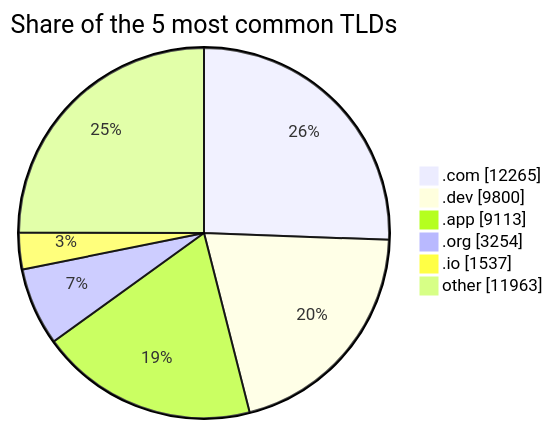
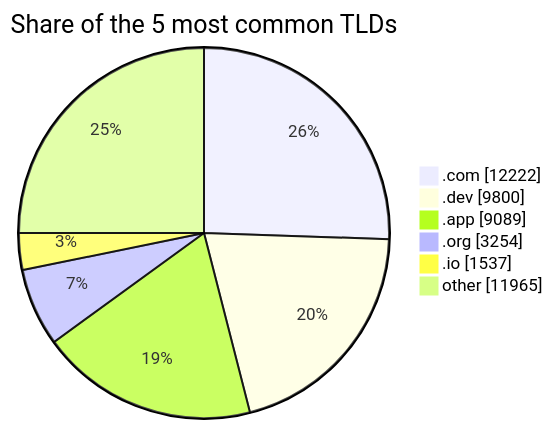
The third of 3 diagrams in README.md (DNSBunker/CTI), drawn with Mermaid before and after one commit. The commit also changed other lines of this file and 3 other files, not shown here.

````diff
--- a/README.md
+++ b/README.md
@@ -81,9 +81,9 @@
 ```mermaid
 pie showData title Share of the 5 most common TLDs
-    ".com" : 12265
+    ".com" : 12222
     ".dev" : 9800
-    ".app" : 9113
+    ".app" : 9089
     ".org" : 3254
     ".io" : 1537
-    "other" : 11963
+    "other" : 11965
 ```
````
